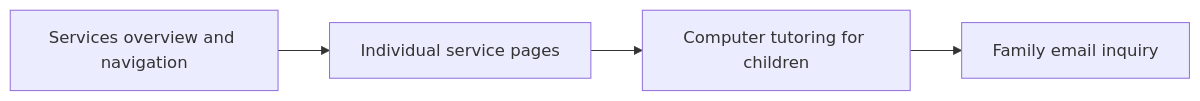
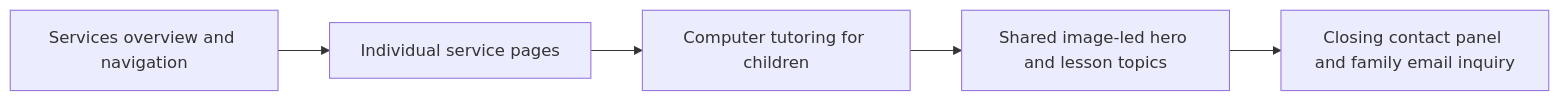
The diagram in src/pages/services/_readme.md (anoblet/astronautical-apogee), drawn with Mermaid before and after one commit. The commit also changed other lines of this file and 4 other files, not shown here.

Commit message:
fix(services): align tutoring with the shared service layout

````diff
--- a/src/pages/services/_readme.md
+++ b/src/pages/services/_readme.md
@@ -7,6 +7,7 @@
 ```mermaid
 flowchart LR
     Services[Services overview and navigation] --> Pages[Individual service pages]
     Pages --> Tutoring[Computer tutoring for children]
-    Tutoring --> Inquiry[Family email inquiry]
+    Tutoring --> Hero[Shared image-led hero and lesson topics]
+    Hero --> Inquiry[Closing contact panel and family email inquiry]
 ```
````
